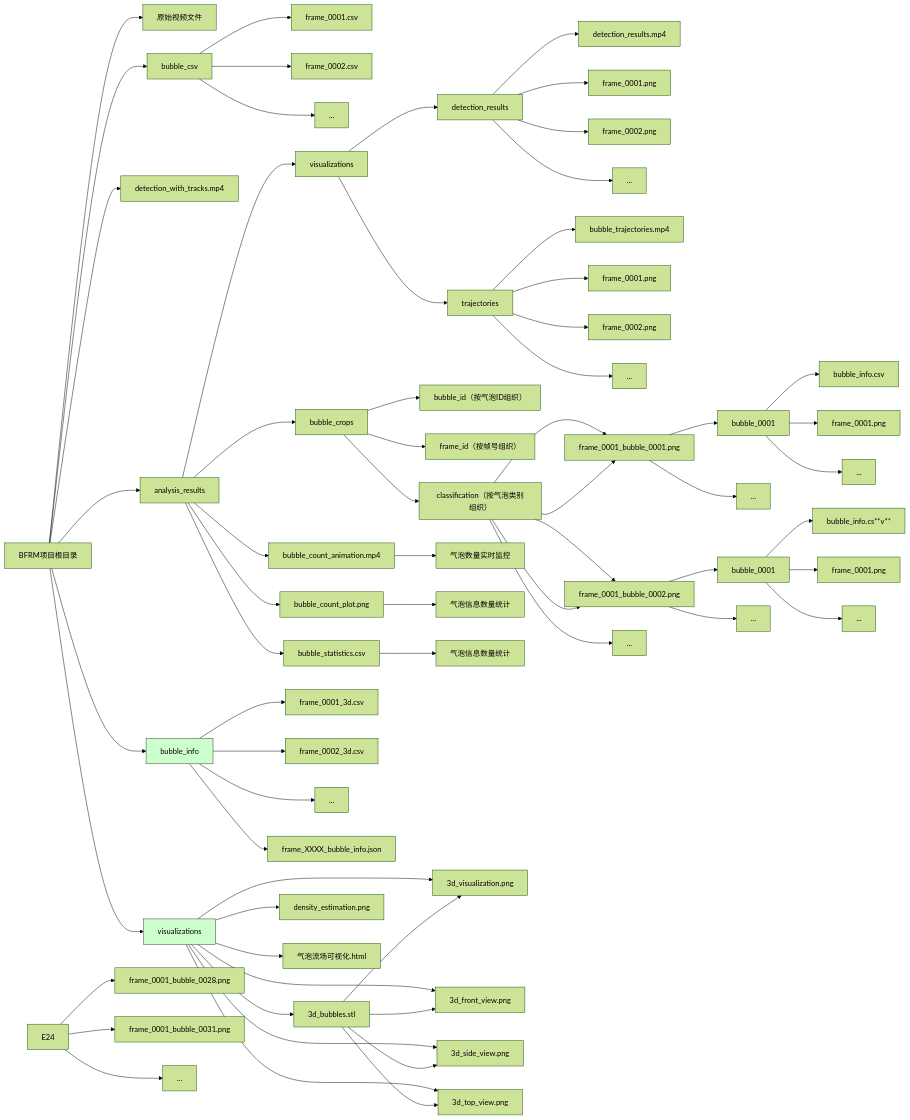
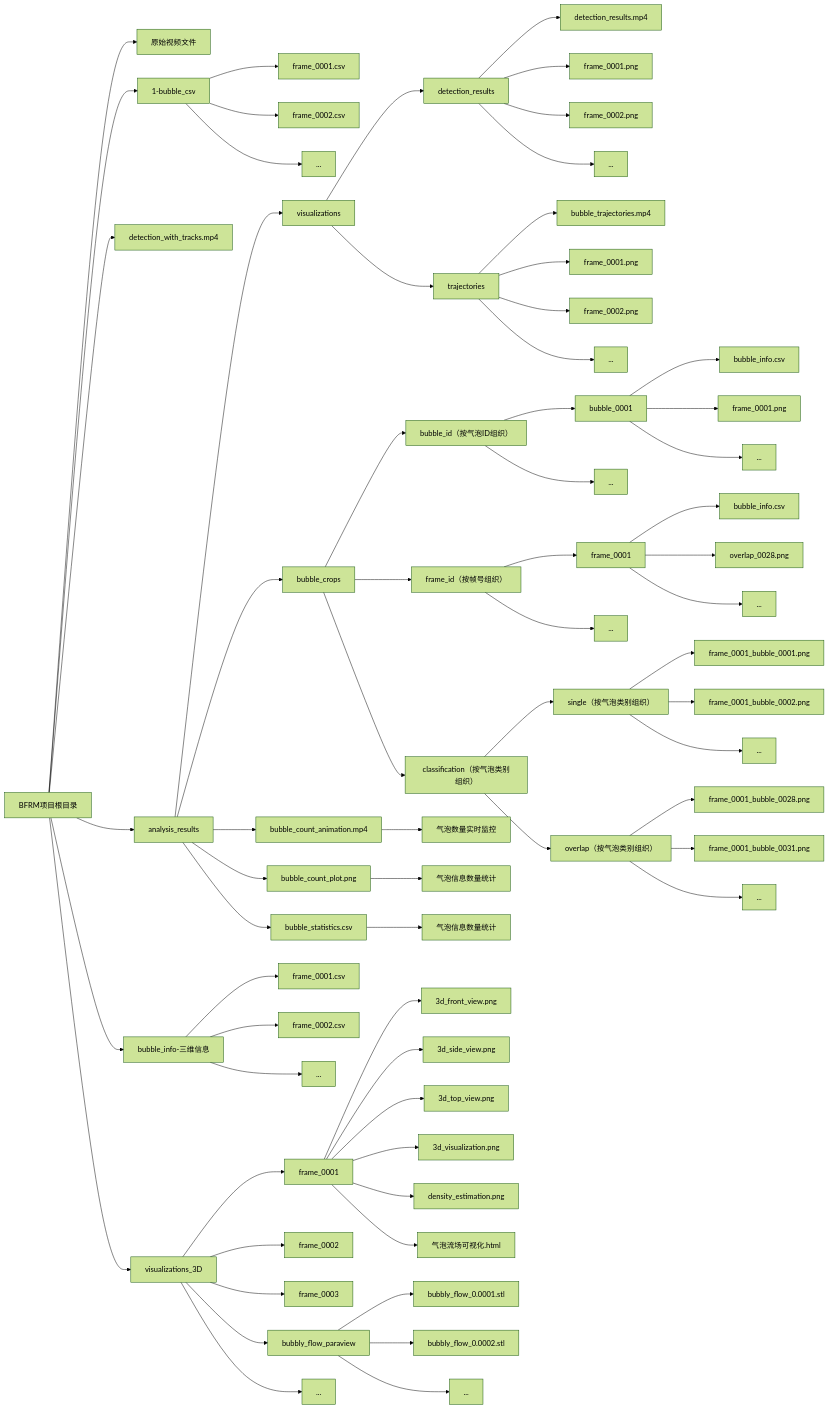
The second of 2 diagrams in 流程图.md (AI4CT/BFRM), drawn with Mermaid (forest theme) before and after one commit. The commit also changed other lines of this file and 252 other files, not shown here.

````diff
--- a/流程图.md
+++ b/流程图.md
@@ -76,11 +85,11 @@
 ```mermaid
 graph LR
     A[BFRM项目根目录] --> B[原始视频文件]
-    A --> C[bubble_csv]
+    A --> C[1-bubble_csv]
     A --> D[detection_with_tracks.mp4]
     A --> E[analysis_results]
-    A --> F[bubble_info]
-    A --> G[visualizations]
+    A --> F[bubble_info-三维信息]
+    A --> G[visualizations_3D]
     
     C --> C1[frame_0001.csv]
     C --> C2[frame_0002.csv]
@@ -109,53 +118,54 @@
     E2 --> E22[frame_id（按帧号组织）]
     E2 --> E23[classification（按气泡类别组织）]
 
+    E21 --> E211[bubble_0001]
+    E21 --> E212[...]
+
+    E211 --> E2111[bubble_info.csv]
+    E211 --> E2112[frame_0001.png]
+    E211 --> E2113[...]
+
+    E22 --> E221[frame_0001]
+    E22 --> E222[...]
+
+    E221 --> E2211[bubble_info.csv]
+    E221 --> E2212[overlap_0028.png]
+    E221 --> E2213[...]
+
     E23 --> E231[single（按气泡类别组织）]
     E23 --> E232[overlap（按气泡类别组织）]
 
-    E231 --> E2311[bubble_0001]
-    E231 --> E2312[...]
-
-    E2311 --> E23111[bubble_info.csv]
-    E2311 --> E23112[frame_0001.png]
-    E2311 --> E23113[...]
+    E231 --> E2311[frame_0001_bubble_0001.png]
+    E231 --> E2312[frame_0001_bubble_0002.png]
+    E231 --> E2313[...]
     
-    E232 --> E2321[bubble_0001]
-    E232 --> E2322[...]
-
-    E2321 --> E23211[bubble_info.cs**v**]
-    E2321 --> E23212[frame_0001.png]
-    E2321 --> E23213[...]
-
-    E23 --> E231[frame_0001_bubble_0001.png]
-    E23 --> E232[frame_0001_bubble_0002.png]
-    E23 --> E233[...]
-    
-    E24 --> E241[frame_0001_bubble_0028.png]
-    E24 --> E242[frame_0001_bubble_0031.png]
-    E24 --> E243[...]
+    E232 --> E2321[frame_0001_bubble_0028.png]
+    E232 --> E2322[frame_0001_bubble_0031.png]
+    E232 --> E2323[...]
 
     E3 --> E31[气泡数量实时监控]
     E4 --> E41[气泡信息数量统计]
     E5 --> E51[气泡信息数量统计]
 
-    F --> F1[frame_0001_3d.csv]
-    F --> F2[frame_0002_3d.csv]
+    F --> F1[frame_0001.csv]
+    F --> F2[frame_0002.csv]
     F --> F3[...]
-    F --> F4[frame_XXXX_bubble_info.json]
     
-    G --> G1[3d_bubbles.stl]
-    G --> G2[3d_visualization.png]
-    G --> G3[3d_front_view.png]
-    G --> G4[3d_side_view.png]
-    G --> G5[3d_top_view.png]
-    G1 --> G2
-    G1 --> G3
-    G1 --> G4
-    G1 --> G5
+    G --> G1[frame_0001]
+    G --> G2[frame_0002]
+    G --> G3[frame_0003]
+    G --> G4[bubbly_flow_paraview]
+    G --> G5[...]
 
-    G --> G6[density_estimation.png]
-    G --> G7[气泡流场可视化.html]
+    G1 --> G11[3d_front_view.png]
+    G1 --> G12[3d_side_view.png]
+    G1 --> G13[3d_top_view.png]
+    G1 --> G14[3d_visualization.png]
+    G1 --> G15[density_estimation.png]
+    G1 --> G16[气泡流场可视化.html]
 
-    style F fill:#cfc,stroke:#333
-    style G fill:#cfc,stroke:#333
+    G4 --> G41[bubbly_flow_0.0001.stl]
+    G4 --> G42[bubbly_flow_0.0002.stl]
+    G4 --> G43[...]
+
 ```
````
